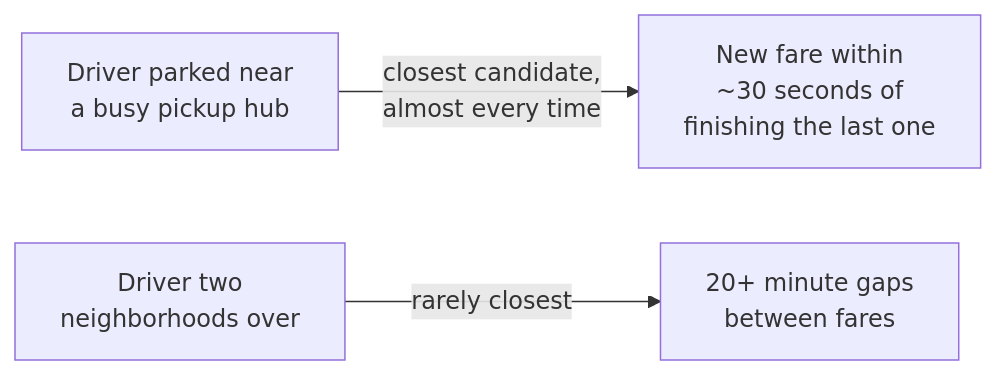
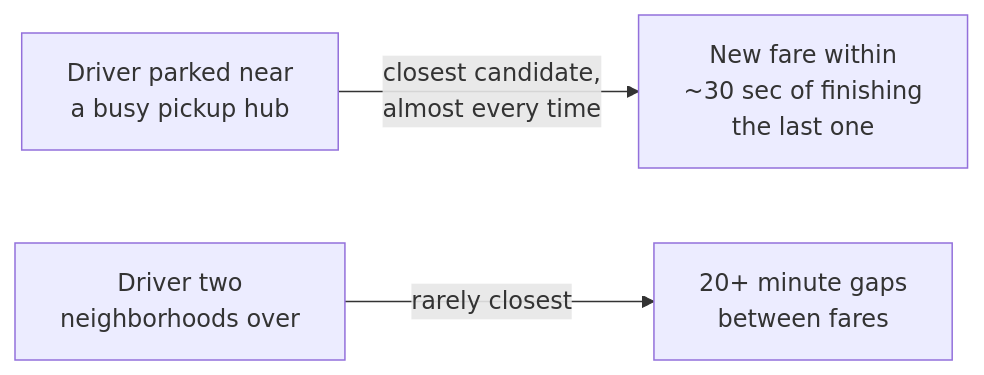
One commit to riyaz-pasha/Learnings changed the eighth of 11 diagrams in system-design/HLD/0-course/62-Design-Ubers-Driver-Dispatch-System-FAANG-Guide-story.md. Above: the diagram before and after it, drawn with Mermaid. The commit also changed other lines of this file and 1 other file, not shown here.

Commit message:
[REWRITE] Uber Driver Dispatch System story guide: simplify prose, add structure, fix diagrams

````diff
--- a/system-design/HLD/0-course/62-Design-Ubers-Driver-Dispatch-System-FAANG-Guide-story.md
+++ b/system-design/HLD/0-course/62-Design-Ubers-Driver-Dispatch-System-FAANG-Guide-story.md
@@ -373,5 +551,5 @@
 ```mermaid
 flowchart LR
-    Hub["Driver parked near\na busy pickup hub"] -->|"closest candidate,\nalmost every time"| Fares1["New fare within\n~30 seconds of\nfinishing the last one"]
-    Other["Driver two\nneighborhoods over"] -->|"rarely closest"| Fares2["20+ minute gaps\nbetween fares"]
+    Hub["Driver parked near<br/>a busy pickup hub"] -->|"closest candidate,<br/>almost every time"| Fares1["New fare within<br/>~30 sec of finishing<br/>the last one"]
+    Other["Driver two<br/>neighborhoods over"] -->|"rarely closest"| Fares2["20+ minute gaps<br/>between fares"]
 ```
````
